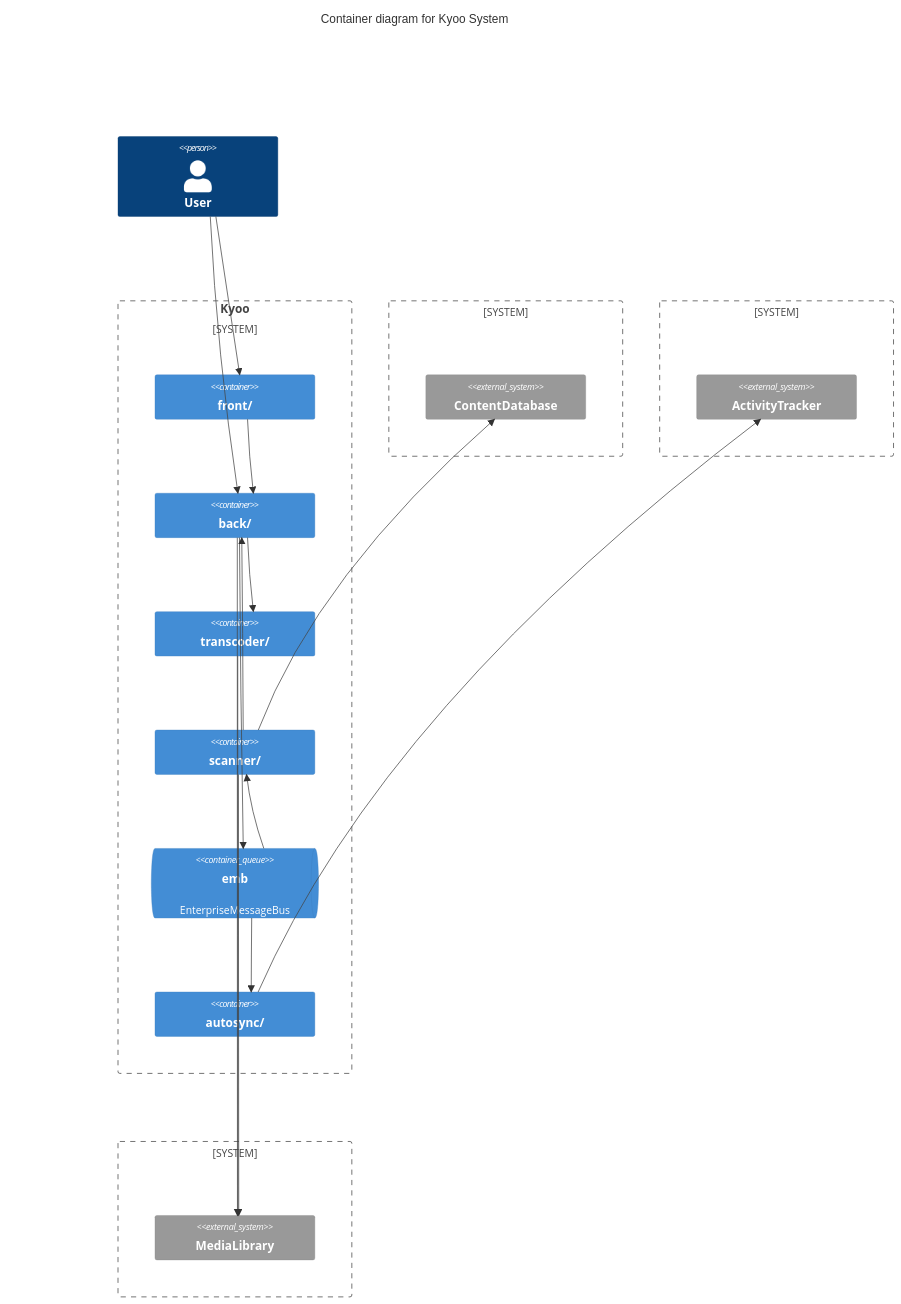
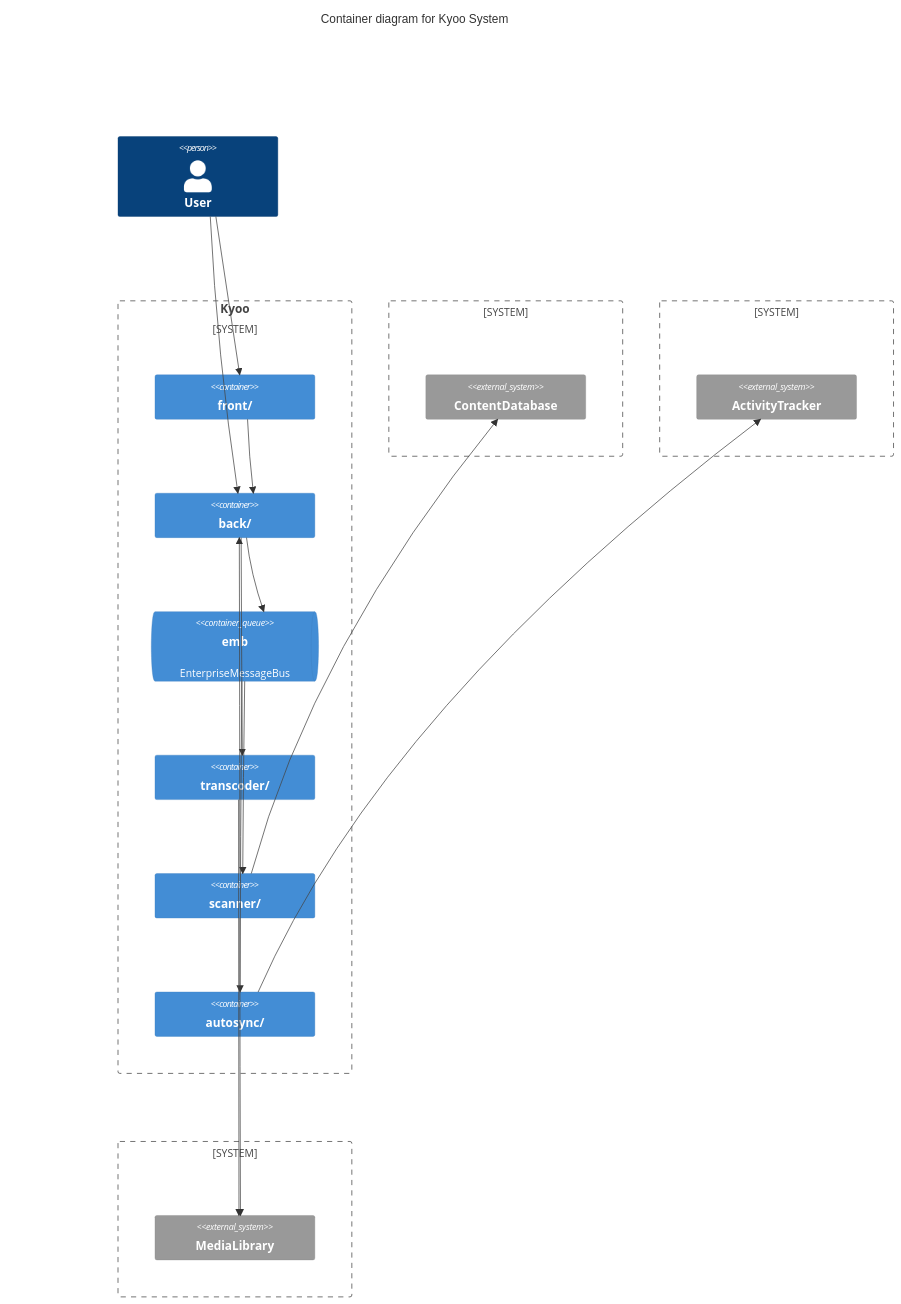
The third of 8 diagrams in DIAGRAMS.md (zoriya/Kyoo), drawn with Mermaid before and after one commit. The commit also changed other lines of this file, not shown here.

Commit message:
update diagrams based upon helm updates

````diff
--- a/DIAGRAMS.md
+++ b/DIAGRAMS.md
@@ -92,39 +92,38 @@
 ```mermaid
 C4Container
   UpdateLayoutConfig($c4ShapeInRow="3", $c4BoundaryInRow="3")
 
   title Container diagram for Kyoo System
 
   Person(user, "User")
   System_Boundary(internal, "Kyoo") {
     Container(frontend, "front/")
     Container(backend, "back/")
+    ContainerQueue(emb, "emb", "", "EnterpriseMessageBus")
     Container(transcoder, "transcoder/")
     Container(scanner, "scanner/")
-    ContainerQueue(emb, "emb", "", "EnterpriseMessageBus")
     Container(autosync, "autosync/")
   }
   System_Boundary(external, "") {
     System_Ext(content, "ContentDatabase", "")
   }
   System_Boundary(external2, "") {
     System_Ext(tracker, "ActivityTracker", "")
   }
   System_Boundary(external3, "") {
     System_Ext(media, "MediaLibrary", "")
   }
 
   Rel(user, frontend, "")
   Rel(user, backend, "")
   Rel(frontend, backend, "")
   Rel(backend, emb, "")
-  Rel(backend, media, "")
   Rel(backend, transcoder, "")
   Rel_Back(autosync, emb, "")
   Rel(autosync, tracker, "")
   Rel_Back(scanner, emb, "")
   Rel(scanner, backend, "")
   Rel(scanner, media, "")
   Rel(scanner, content, "")
   Rel(transcoder, media, "")
 ```
````
